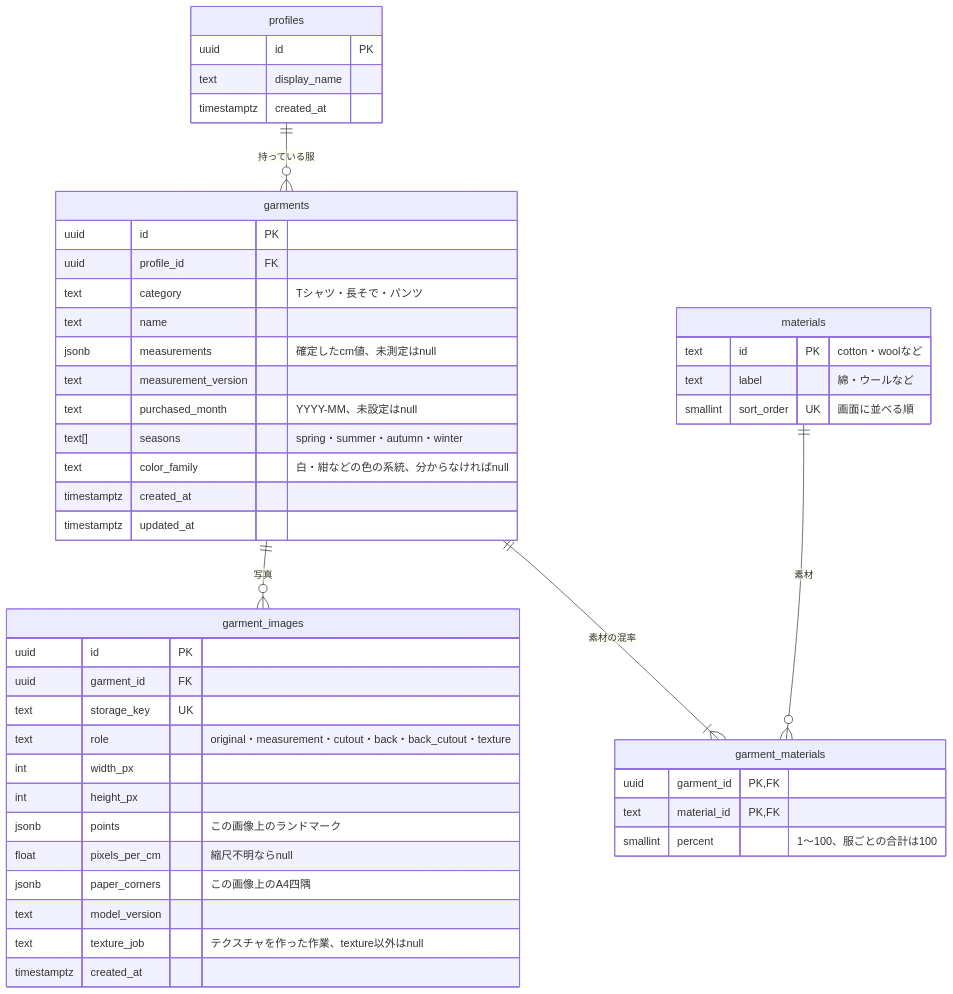
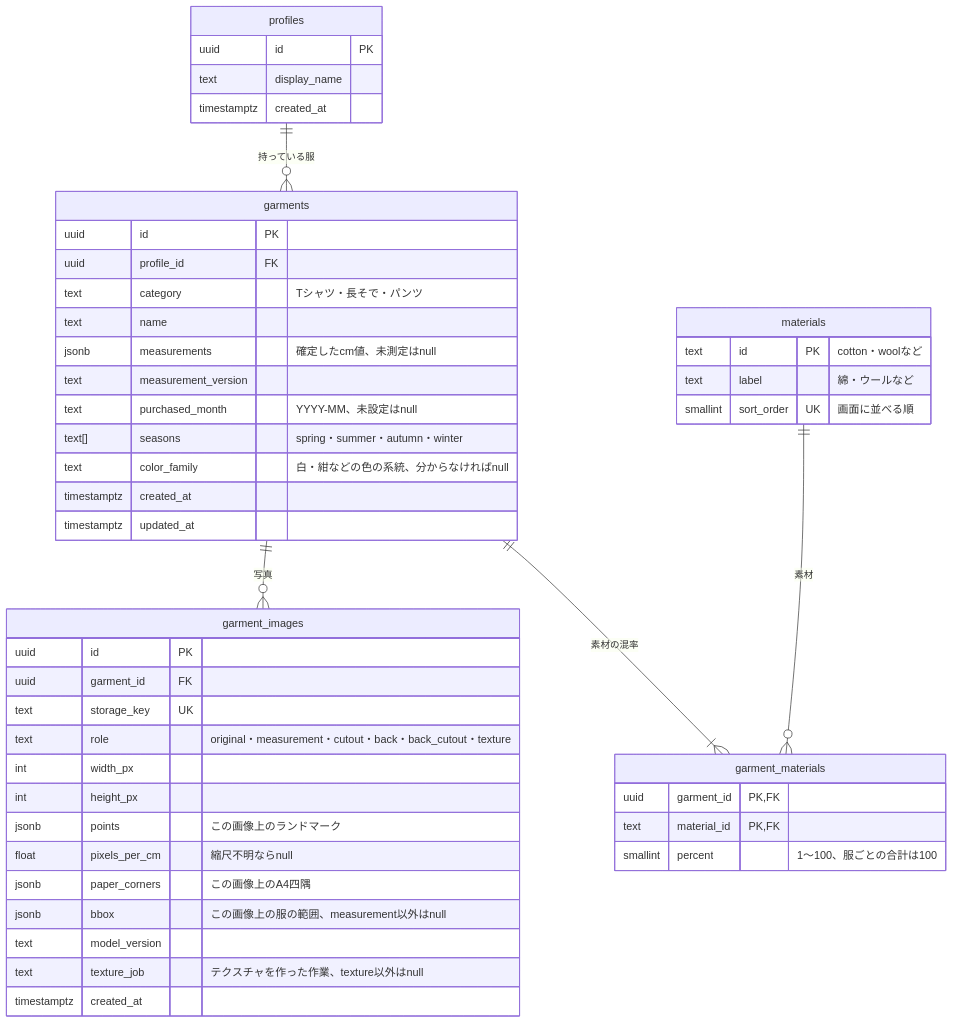
The diagram in docs/er.md (jphacks/tka_2617), drawn with Mermaid before and after one commit. The commit also changed other lines of this file and 1 other file, not shown here.

````diff
--- a/docs/er.md
+++ b/docs/er.md
@@ -11,49 +11,50 @@
 ```mermaid
 erDiagram
   profiles ||--o{ garments : "持っている服"
   garments ||--o{ garment_images : "写真"
   garments ||--|{ garment_materials : "素材の混率"
   materials ||--o{ garment_materials : "素材"
   profiles {
     uuid id PK
     text display_name
     timestamptz created_at
   }
   garments {
     uuid id PK
     uuid profile_id FK
     text category "Tシャツ・長そで・パンツ"
     text name
     jsonb measurements "確定したcm値、未測定はnull"
     text measurement_version
     text purchased_month "YYYY-MM、未設定はnull"
     text[] seasons "spring・summer・autumn・winter"
     text color_family "白・紺などの色の系統、分からなければnull"
     timestamptz created_at
     timestamptz updated_at
   }
   garment_images {
     uuid id PK
     uuid garment_id FK
     text storage_key UK
     text role "original・measurement・cutout・back・back_cutout・texture"
     int width_px
     int height_px
     jsonb points "この画像上のランドマーク"
     float pixels_per_cm "縮尺不明ならnull"
     jsonb paper_corners "この画像上のA4四隅"
+    jsonb bbox "この画像上の服の範囲、measurement以外はnull"
     text model_version
     text texture_job "テクスチャを作った作業、texture以外はnull"
     timestamptz created_at
   }
   materials {
     text id PK "cotton・woolなど"
     text label "綿・ウールなど"
     smallint sort_order UK "画面に並べる順"
   }
   garment_materials {
     uuid garment_id PK,FK
     text material_id PK,FK
     smallint percent "1〜100、服ごとの合計は100"
   }
 ```
````
